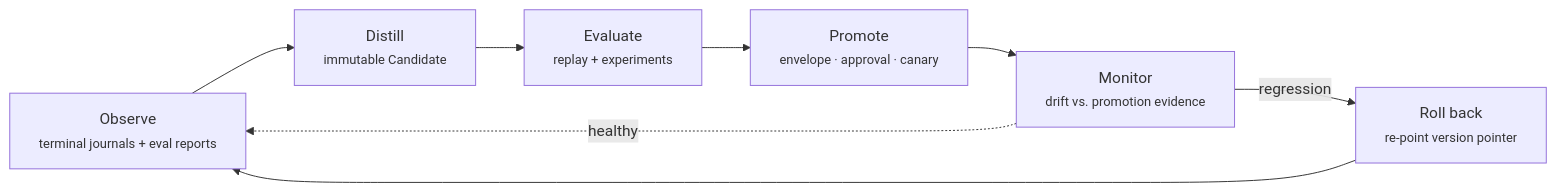
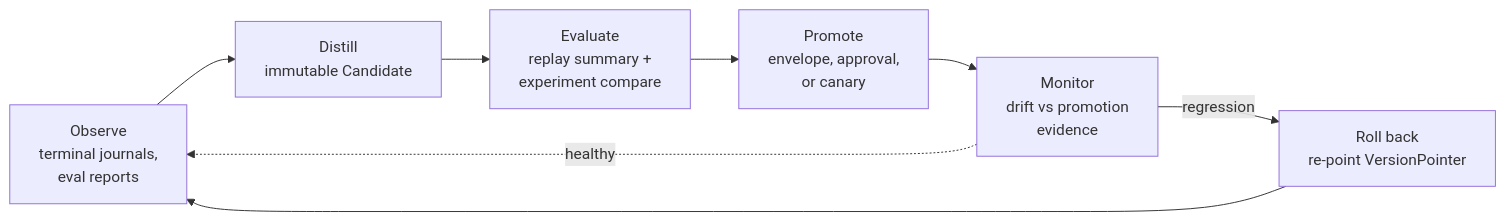
Before and after one commit to dev-amjad-shaikh/aboutrusty-site: the diagram in aboutrusty/guide/05-learning-loop.md, drawn with Mermaid. The commit also changed other lines of this file and 9 other files, not shown here.

````diff
--- a/aboutrusty/guide/05-learning-loop.md
+++ b/aboutrusty/guide/05-learning-loop.md
@@ -37,10 +39,10 @@
 ```mermaid
 flowchart LR
-    O["Observe<br><small>terminal journals + eval reports</small>"] --> D["Distill<br><small>immutable Candidate</small>"]
-    D --> E["Evaluate<br><small>replay + experiments</small>"]
-    E --> P["Promote<br><small>envelope · approval · canary</small>"]
-    P --> M["Monitor<br><small>drift vs. promotion evidence</small>"]
-    M -->|"regression"| R["Roll back<br><small>re-point version pointer</small>"]
+    O["Observe<br>terminal journals,<br>eval reports"] --> D["Distill<br>immutable Candidate"]
+    D --> E["Evaluate<br>replay summary +<br>experiment compare"]
+    E --> P["Promote<br>envelope, approval,<br>or canary"]
+    P --> M["Monitor<br>drift vs promotion<br>evidence"]
+    M -->|"regression"| R["Roll back<br>re-point VersionPointer"]
     R --> O
     M -.->|"healthy"| O
 ```
````
